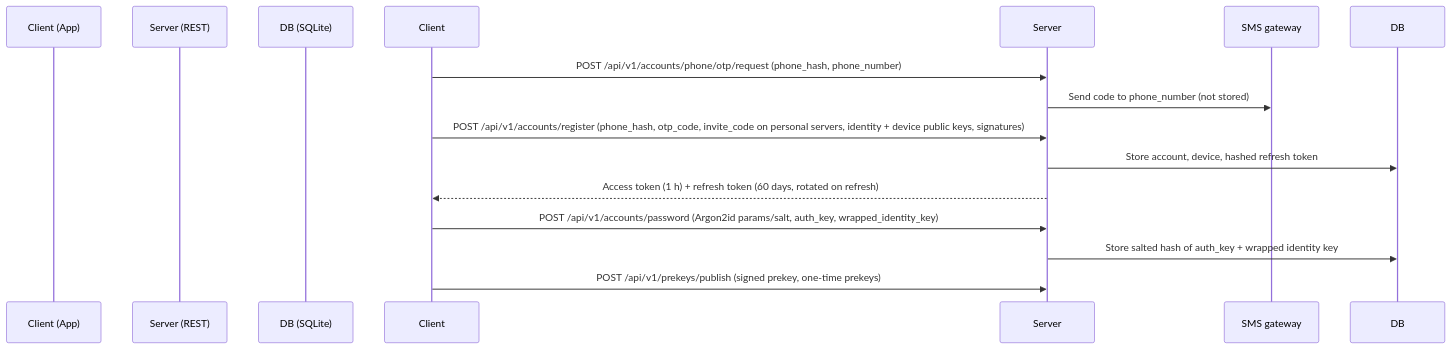
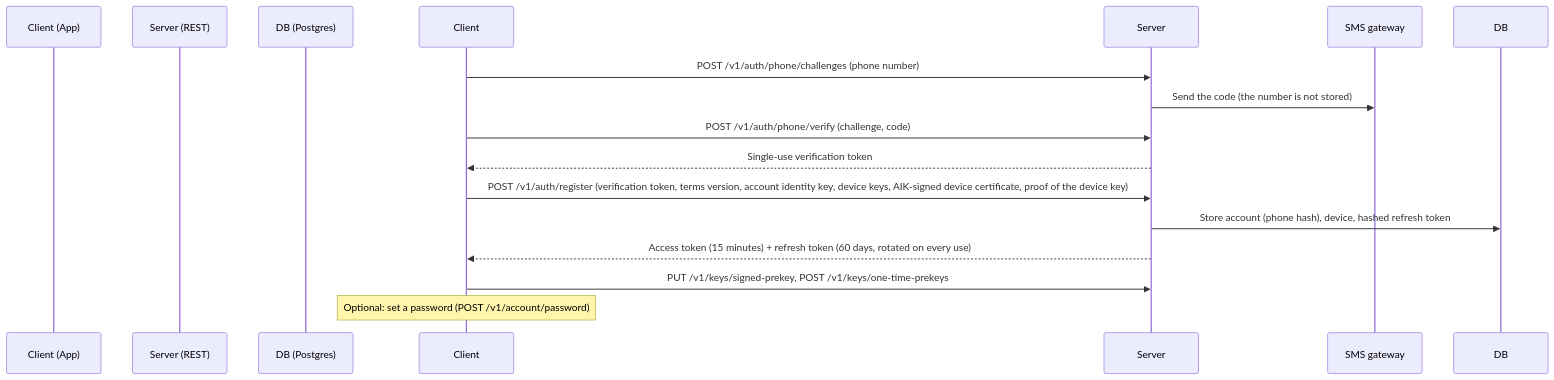
Before and after one commit to Saif287472/helix: the first of 4 diagrams in helix_remote/docs/product/DATA_FLOW.md, drawn with Mermaid. The commit also changed other lines of this file and 391 other files, not shown here.

````diff
--- a/helix_remote/docs/product/DATA_FLOW.md
+++ b/helix_remote/docs/product/DATA_FLOW.md
@@ -6,15 +12,16 @@
 ```mermaid
 sequenceDiagram
     participant Client (App)
     participant Server (REST)
-    participant DB (SQLite)
+    participant DB (Postgres)
 
-    Client->>Server: POST /api/v1/accounts/phone/otp/request (phone_hash, phone_number)
-    Server->>SMS gateway: Send code to phone_number (not stored)
-    Client->>Server: POST /api/v1/accounts/register (phone_hash, otp_code, invite_code on personal servers, identity + device public keys, signatures)
-    Server->>DB: Store account, device, hashed refresh token
-    Server-->>Client: Access token (1 h) + refresh token (60 days, rotated on refresh)
-    Client->>Server: POST /api/v1/accounts/password (Argon2id params/salt, auth_key, wrapped_identity_key)
-    Server->>DB: Store salted hash of auth_key + wrapped identity key
-    Client->>Server: POST /api/v1/prekeys/publish (signed prekey, one-time prekeys)
+    Client->>Server: POST /v1/auth/phone/challenges (phone number)
+    Server->>SMS gateway: Send the code (the number is not stored)
+    Client->>Server: POST /v1/auth/phone/verify (challenge, code)
+    Server-->>Client: Single-use verification token
+    Client->>Server: POST /v1/auth/register (verification token, terms version, account identity key, device keys, AIK-signed device certificate, proof of the device key)
+    Server->>DB: Store account (phone hash), device, hashed refresh token
+    Server-->>Client: Access token (15 minutes) + refresh token (60 days, rotated on every use)
+    Client->>Server: PUT /v1/keys/signed-prekey, POST /v1/keys/one-time-prekeys
+    Note over Client: Optional: set a password (POST /v1/account/password)
 ```
````
